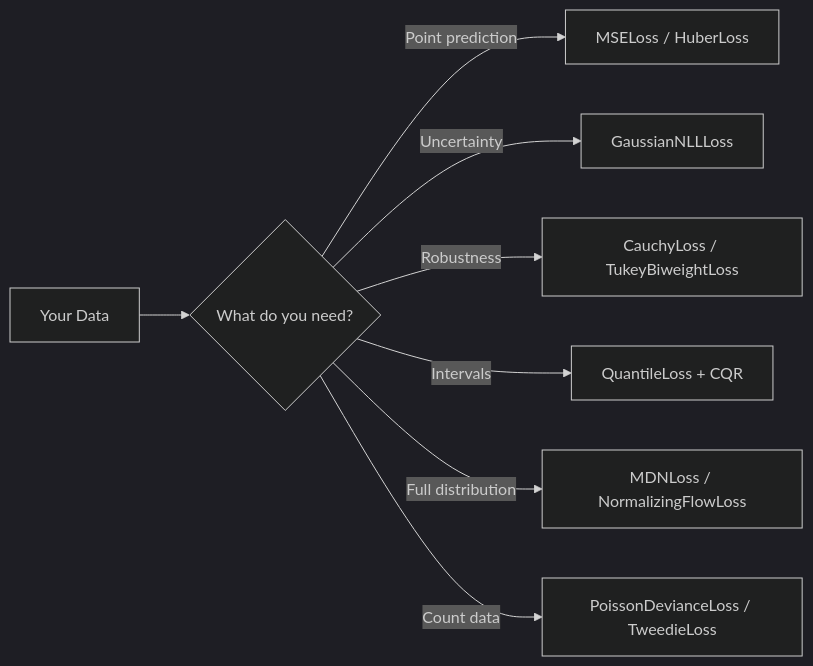
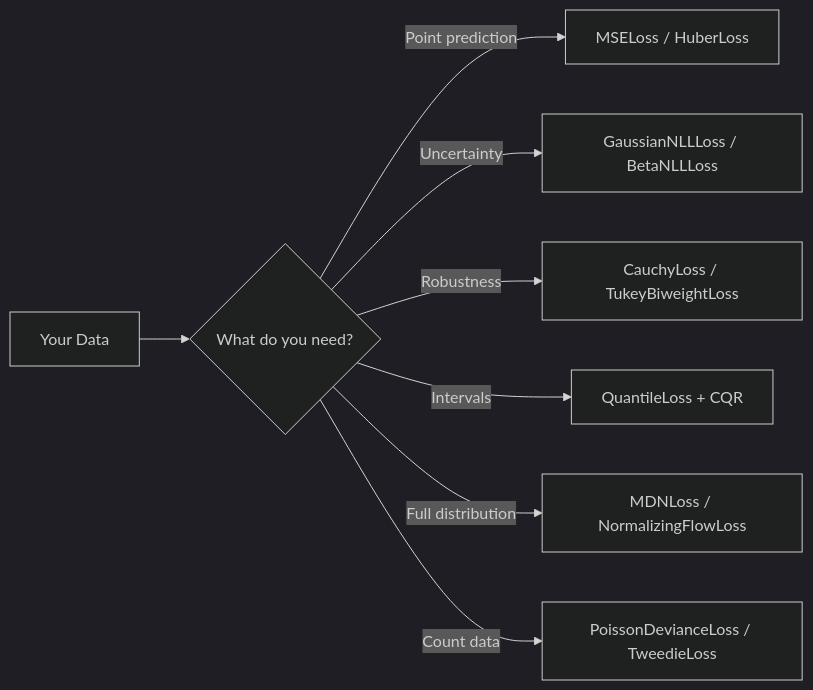
The diagram in docs/losses/index.md (astroai/torchregress), drawn with Mermaid (dark theme) before and after one commit. The commit also changed other lines of this file and 74 other files, not shown here.

````diff
--- a/docs/losses/index.md
+++ b/docs/losses/index.md
@@ -12,10 +12,10 @@
 ```mermaid
 graph LR
     A["Your Data"] --> B{"What do you need?"}
     B -->|Point prediction| C["MSELoss / HuberLoss"]
-    B -->|Uncertainty| D["GaussianNLLLoss"]
+    B -->|Uncertainty| D["GaussianNLLLoss / BetaNLLLoss"]
     B -->|Robustness| E["CauchyLoss / TukeyBiweightLoss"]
     B -->|Intervals| F["QuantileLoss + CQR"]
     B -->|Full distribution| G["MDNLoss / NormalizingFlowLoss"]
     B -->|Count data| H["PoissonDevianceLoss / TweedieLoss"]
 ```
````
